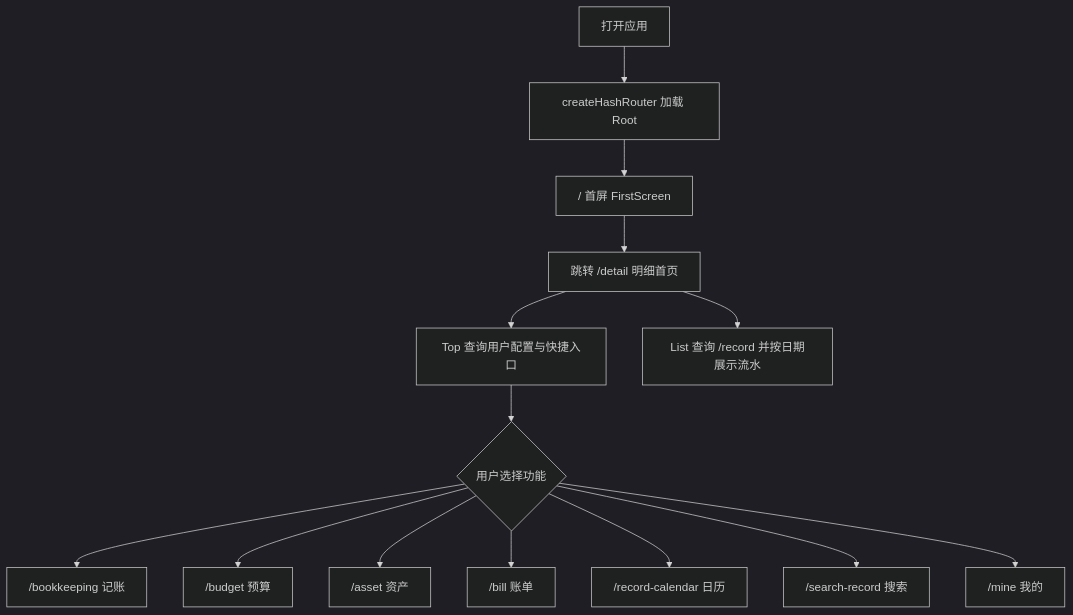
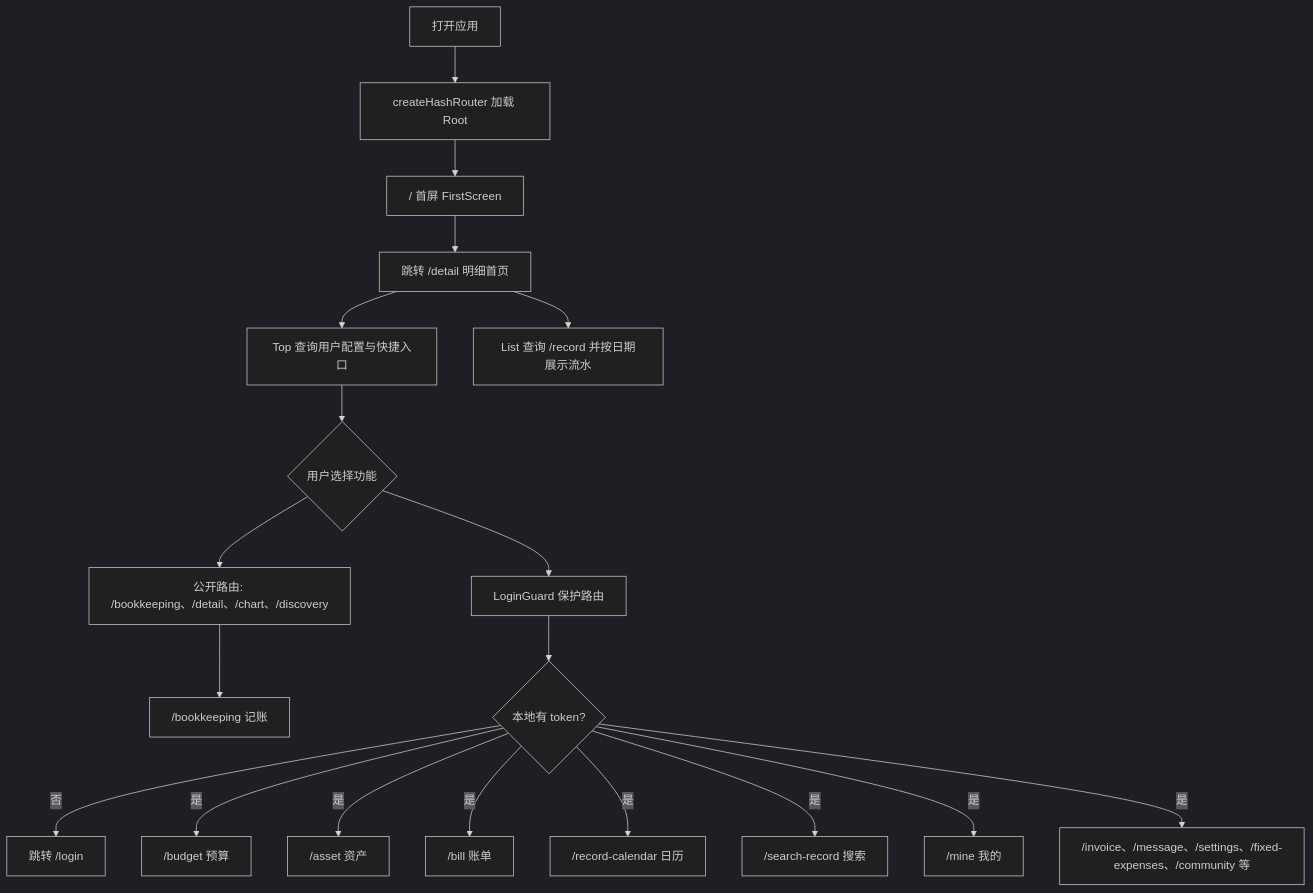
Before and after one commit to whale-wave/ww-bill-client: the first of 12 diagrams in docs/flowcharts/feature-flows.md, drawn with Mermaid (dark theme). The commit also changed other lines of this file and 46 other files, not shown here.

````diff
--- a/docs/flowcharts/feature-flows.md
+++ b/docs/flowcharts/feature-flows.md
@@ -42,16 +42,21 @@
 ```mermaid
 flowchart TD
   Start["打开应用"] --> Router["createHashRouter 加载 Root"]
   Router --> First["/ 首屏 FirstScreen"]
   First --> Detail["跳转 /detail 明细首页"]
   Detail --> Top["Top 查询用户配置与快捷入口"]
   Detail --> List["List 查询 /record 并按日期展示流水"]
   Top --> Feature{"用户选择功能"}
-  Feature --> Bookkeeping["/bookkeeping 记账"]
-  Feature --> Budget["/budget 预算"]
-  Feature --> Asset["/asset 资产"]
-  Feature --> Bill["/bill 账单"]
-  Feature --> Calendar["/record-calendar 日历"]
-  Feature --> Search["/search-record 搜索"]
-  Feature --> Mine["/mine 我的"]
+  Feature --> PublicRoute["公开路由: /bookkeeping、/detail、/chart、/discovery"]
+  Feature --> ProtectedRoute["LoginGuard 保护路由"]
+  PublicRoute --> Bookkeeping["/bookkeeping 记账"]
+  ProtectedRoute --> HasToken{"本地有 token?"}
+  HasToken -->|否| LoginRedirect["跳转 /login"]
+  HasToken -->|是| Budget["/budget 预算"]
+  HasToken -->|是| Asset["/asset 资产"]
+  HasToken -->|是| Bill["/bill 账单"]
+  HasToken -->|是| Calendar["/record-calendar 日历"]
+  HasToken -->|是| Search["/search-record 搜索"]
+  HasToken -->|是| Mine["/mine 我的"]
+  HasToken -->|是| MoreProtected["/invoice、/message、/settings、/fixed-expenses、/community 等"]
 ```
````
